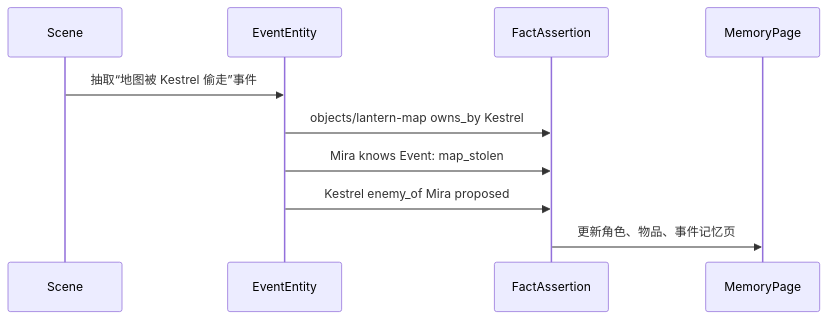
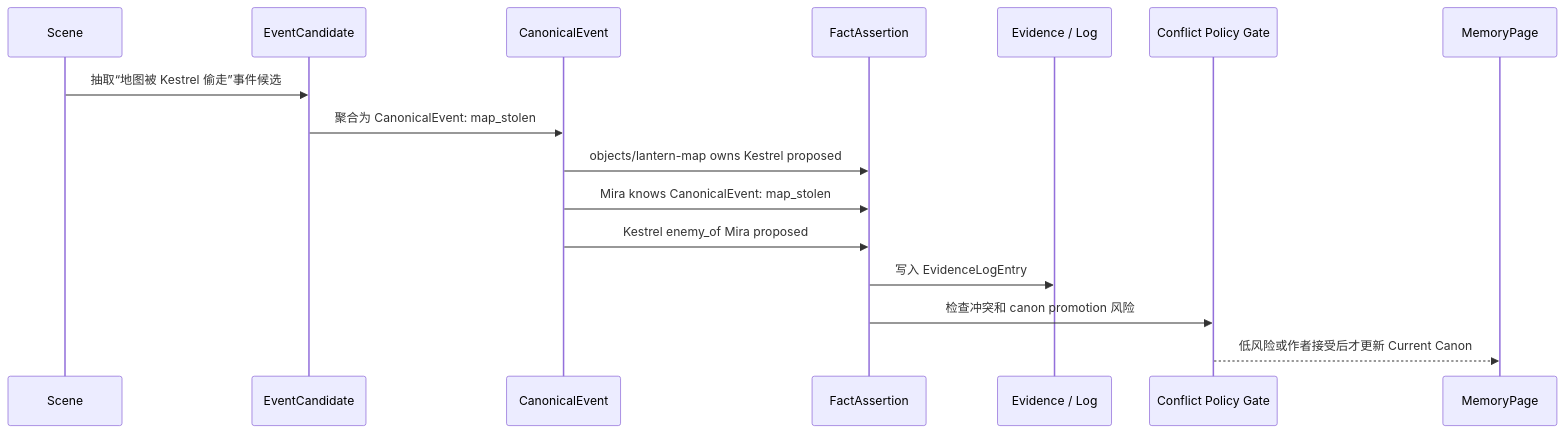
One commit to FrankQDWang/sextantlabs changed the third of 3 diagrams in goals/06-entities-events-facts.md. Above: the diagram before and after it, drawn with Mermaid. The commit also changed other lines of this file and 16 other files, not shown here.

````diff
--- a/goals/06-entities-events-facts.md
+++ b/goals/06-entities-events-facts.md
@@ -115,13 +122,19 @@
 ```mermaid
 sequenceDiagram
     participant Scene as Scene
-    participant Event as EventEntity
+    participant Candidate as EventCandidate
+    participant Event as CanonicalEvent
     participant Fact as FactAssertion
+    participant Log as Evidence / Log
+    participant Gate as Conflict Policy Gate
     participant Memory as MemoryPage
 
-    Scene->>Event: 抽取“地图被 Kestrel 偷走”事件
-    Event->>Fact: objects/lantern-map owns_by Kestrel
-    Event->>Fact: Mira knows Event: map_stolen
+    Scene->>Candidate: 抽取“地图被 Kestrel 偷走”事件候选
+    Candidate->>Event: 聚合为 CanonicalEvent: map_stolen
+    Event->>Fact: objects/lantern-map owns Kestrel proposed
+    Event->>Fact: Mira knows CanonicalEvent: map_stolen
     Event->>Fact: Kestrel enemy_of Mira proposed
-    Fact->>Memory: 更新角色、物品、事件记忆页
+    Fact->>Log: 写入 EvidenceLogEntry
+    Fact->>Gate: 检查冲突和 canon promotion 风险
+    Gate-->>Memory: 低风险或作者接受后才更新 Current Canon
 ```
````
